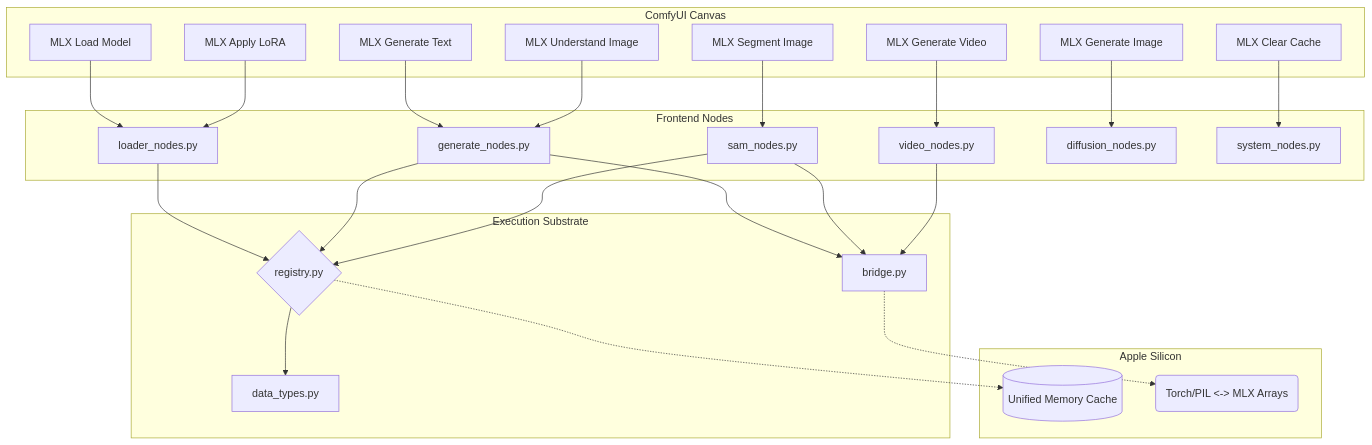
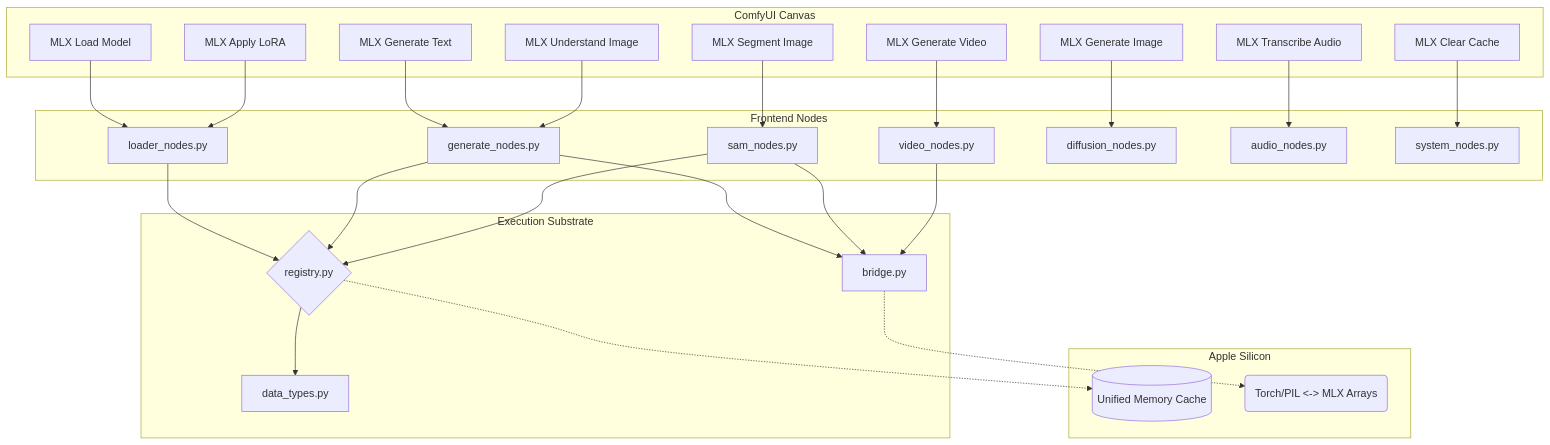
Before and after one commit to PrinceJonaa/ComfyUI-MLX-Universal: the diagram in README.md, drawn with Mermaid. The commit also changed other lines of this file and 4 other files, not shown here.

First line of the commit message:
[Task] Feature — MLX Whisper Audio Transcription

````diff
--- a/README.md
+++ b/README.md
@@ -71,41 +72,43 @@
 ```mermaid
 graph TD
     subgraph ComfyUI Canvas
         UI_Load[MLX Load Model]
         UI_LoRA[MLX Apply LoRA]
         UI_GenText[MLX Generate Text]
         UI_VLM[MLX Understand Image]
         UI_SAM[MLX Segment Image]
         UI_Vid[MLX Generate Video]
         UI_Diff[MLX Generate Image]
+        UI_Audio[MLX Transcribe Audio]
         UI_Sys[MLX Clear Cache]
     end
 
     subgraph nodes/ [Frontend Nodes]
         UI_Load --> LN[loader_nodes.py]
         UI_LoRA --> LN
         UI_GenText --> GN[generate_nodes.py]
         UI_VLM --> GN
         UI_SAM --> SN[sam_nodes.py]
         UI_Vid --> VN[video_nodes.py]
         UI_Diff --> DN[diffusion_nodes.py]
+        UI_Audio --> AN[audio_nodes.py]
         UI_Sys --> SysN[system_nodes.py]
     end
 
     subgraph runtime/ [Execution Substrate]
         LN --> Reg{registry.py}
         GN --> Reg
         SN --> Reg
         
         GN --> Bridge[bridge.py]
         SN --> Bridge
         VN --> Bridge
         
         Reg --> Data[data_types.py]
     end
     
     subgraph Apple Silicon
         Reg -.-> Unified_Memory[(Unified Memory Cache)]
         Bridge -.-> Tensors(Torch/PIL <-> MLX Arrays)
     end
 ```
````
